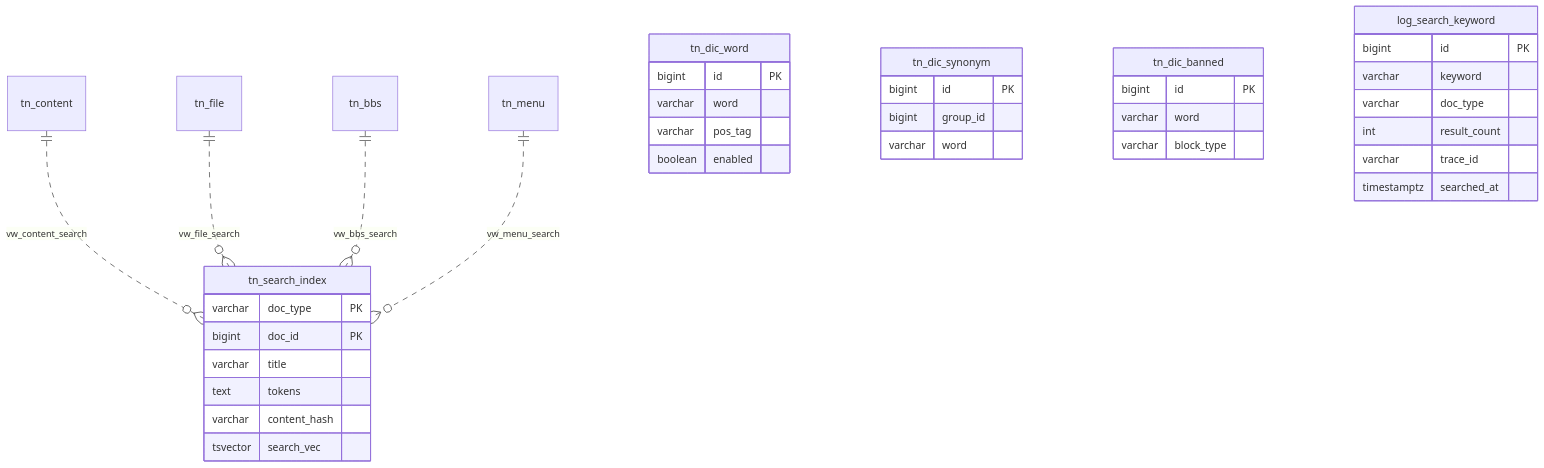
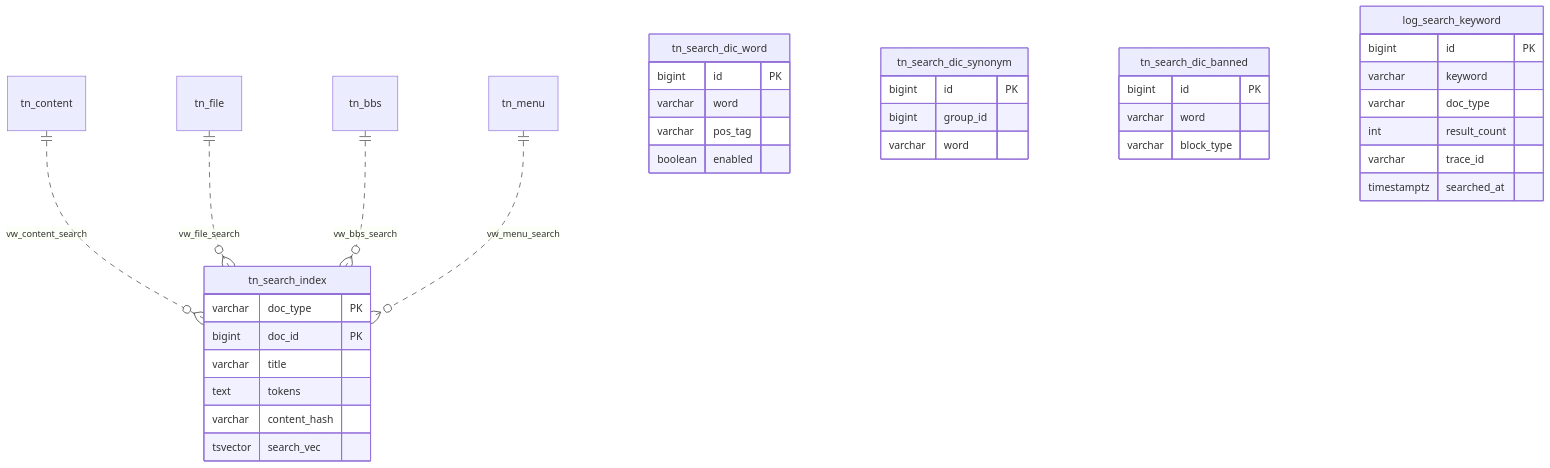
One commit to kingja51/search changed the diagram in DESIGN.md. Above: the diagram before and after it, drawn with Mermaid. The commit also changed other lines of this file and 1 other file, not shown here.

Commit message:
docs: 사전 테이블명 tn_search_dic_* 체계로 변경 반영

````diff
--- a/DESIGN.md
+++ b/DESIGN.md
@@ -121,39 +121,39 @@
 ```mermaid
 erDiagram
     tn_content ||..o{ tn_search_index : "vw_content_search"
     tn_file    ||..o{ tn_search_index : "vw_file_search"
     tn_bbs     ||..o{ tn_search_index : "vw_bbs_search"
     tn_menu    ||..o{ tn_search_index : "vw_menu_search"
     tn_search_index {
         varchar doc_type PK
         bigint  doc_id   PK
         varchar title
         text    tokens
         varchar content_hash
         tsvector search_vec
     }
-    tn_dic_word {
+    tn_search_dic_word {
         bigint id PK
         varchar word
         varchar pos_tag
         boolean enabled
     }
-    tn_dic_synonym {
+    tn_search_dic_synonym {
         bigint id PK
         bigint group_id
         varchar word
     }
-    tn_dic_banned {
+    tn_search_dic_banned {
         bigint id PK
         varchar word
         varchar block_type
     }
     log_search_keyword {
         bigint id PK
         varchar keyword
         varchar doc_type
         int result_count
         varchar trace_id
         timestamptz searched_at
     }
 ```
````
